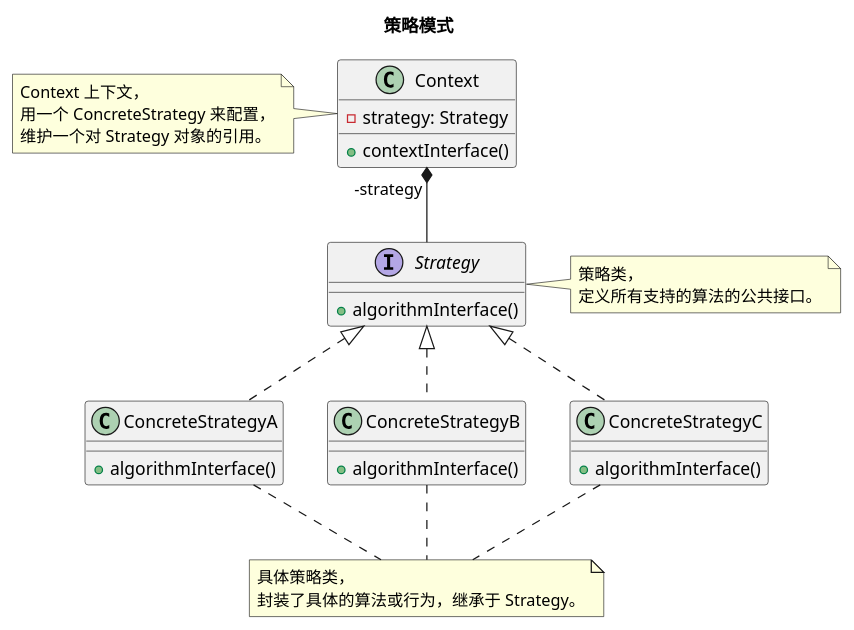
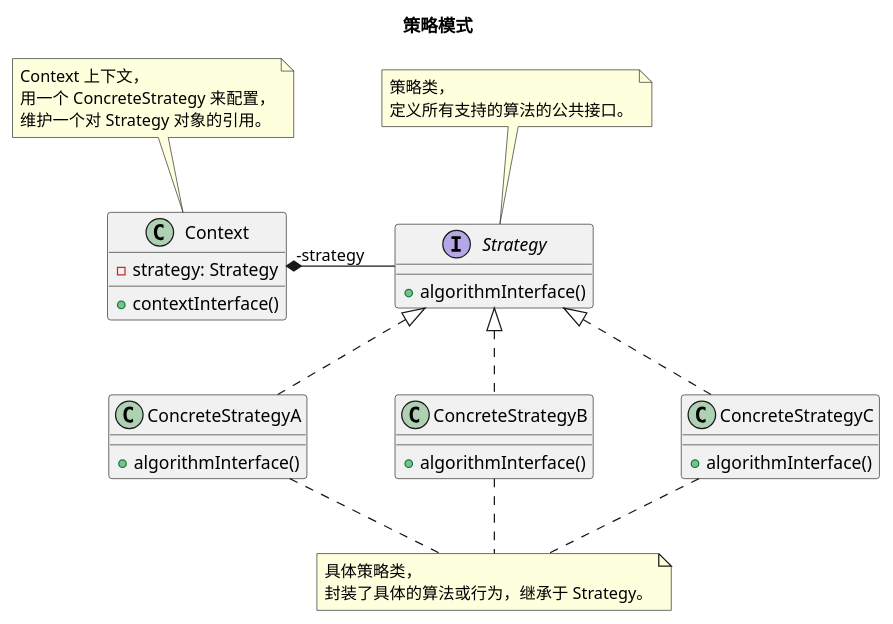
One commit to diguage/deep-in-design-patterns changed the diagram in puml/strategy.puml. Above: the diagram before and after it, drawn with PlantUML. The commit also changed 9 other files, not shown here.

```diff
--- a/puml/strategy.puml
+++ b/puml/strategy.puml
@@ -1,41 +1,42 @@
 @startuml
+skinparam nodesep 70
 
 title <b>策略模式</b>
 
 class Context {
   - strategy: Strategy
   + contextInterface()
 }
-note left: Context 上下文，\n用一个 ConcreteStrategy 来配置，\n维护一个对 Strategy 对象的引用。
+note top: Context 上下文，\n用一个 ConcreteStrategy 来配置，\n维护一个对 Strategy 对象的引用。
 
 interface Strategy {
   + algorithmInterface()
 }
-note right: 策略类，\n定义所有支持的算法的公共接口。
+note top: 策略类，\n定义所有支持的算法的公共接口。
 
 class ConcreteStrategyA {
   + algorithmInterface()
 }
 
 class ConcreteStrategyB {
   + algorithmInterface()
 }
 
 class ConcreteStrategyC {
   + algorithmInterface()
 }
 
-Context "-strategy" *-- Strategy
+Context "-strategy" *-right- Strategy
 
 ' 这里的"实现"也可以是"继承"。不必太拘泥形式。
 Strategy <|.. ConcreteStrategyA
 Strategy <|.. ConcreteStrategyB
 Strategy <|.. ConcreteStrategyC
 
 
 note "具体策略类，\n封装了具体的算法或行为，继承于 Strategy。" as scn
 ConcreteStrategyA .. scn
 ConcreteStrategyB .. scn
 ConcreteStrategyC .. scn
 
 @enduml
```
